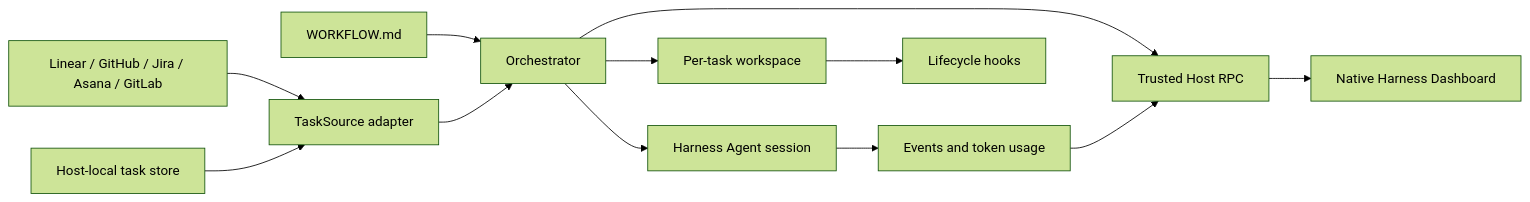
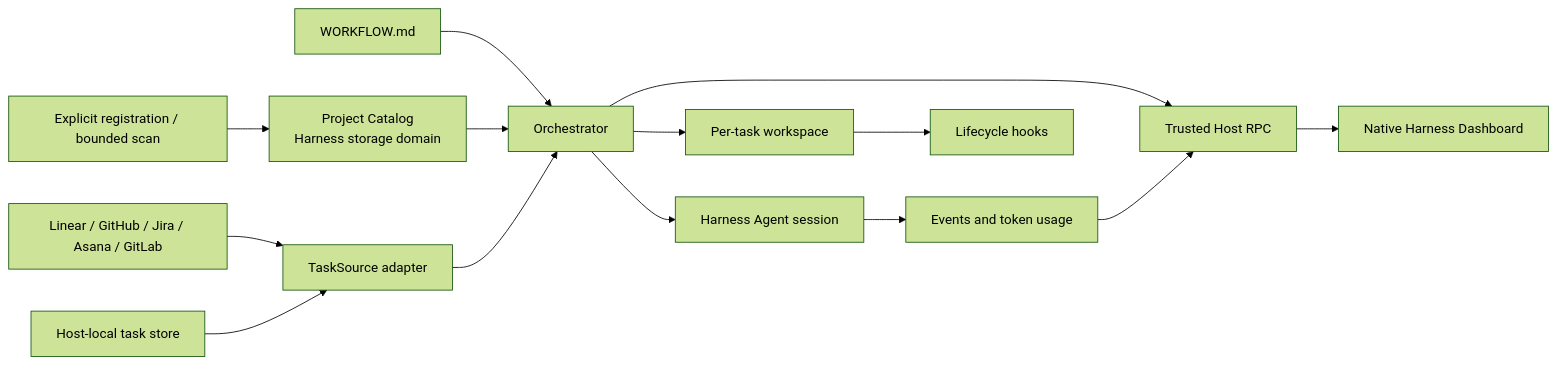
The diagram in README.md (Uddoo/dsh-dashboard), drawn with Mermaid (forest theme) before and after one commit. The commit also changed other lines of this file and 45 other files, not shown here.

Commit message:
Release v0.3.0 project catalog and providers

````diff
--- a/README.md
+++ b/README.md
@@ -38,14 +40,16 @@
 ```mermaid
 flowchart LR
     P["Linear / GitHub / Jira / Asana / GitLab"] --> S["TaskSource adapter"]
     L["Host-local task store"] --> S
     W["WORKFLOW.md"] --> O["Orchestrator"]
+    C["Project Catalog\nHarness storage domain"] --> O
+    X["Explicit registration / bounded scan"] --> C
     S --> O
     O --> M["Per-task workspace"]
     O --> A["Harness Agent session"]
     A --> R["Events and token usage"]
     M --> H["Lifecycle hooks"]
     O --> D["Trusted Host RPC"]
     R --> D
     D --> U["Native Harness Dashboard"]
 ```
````
